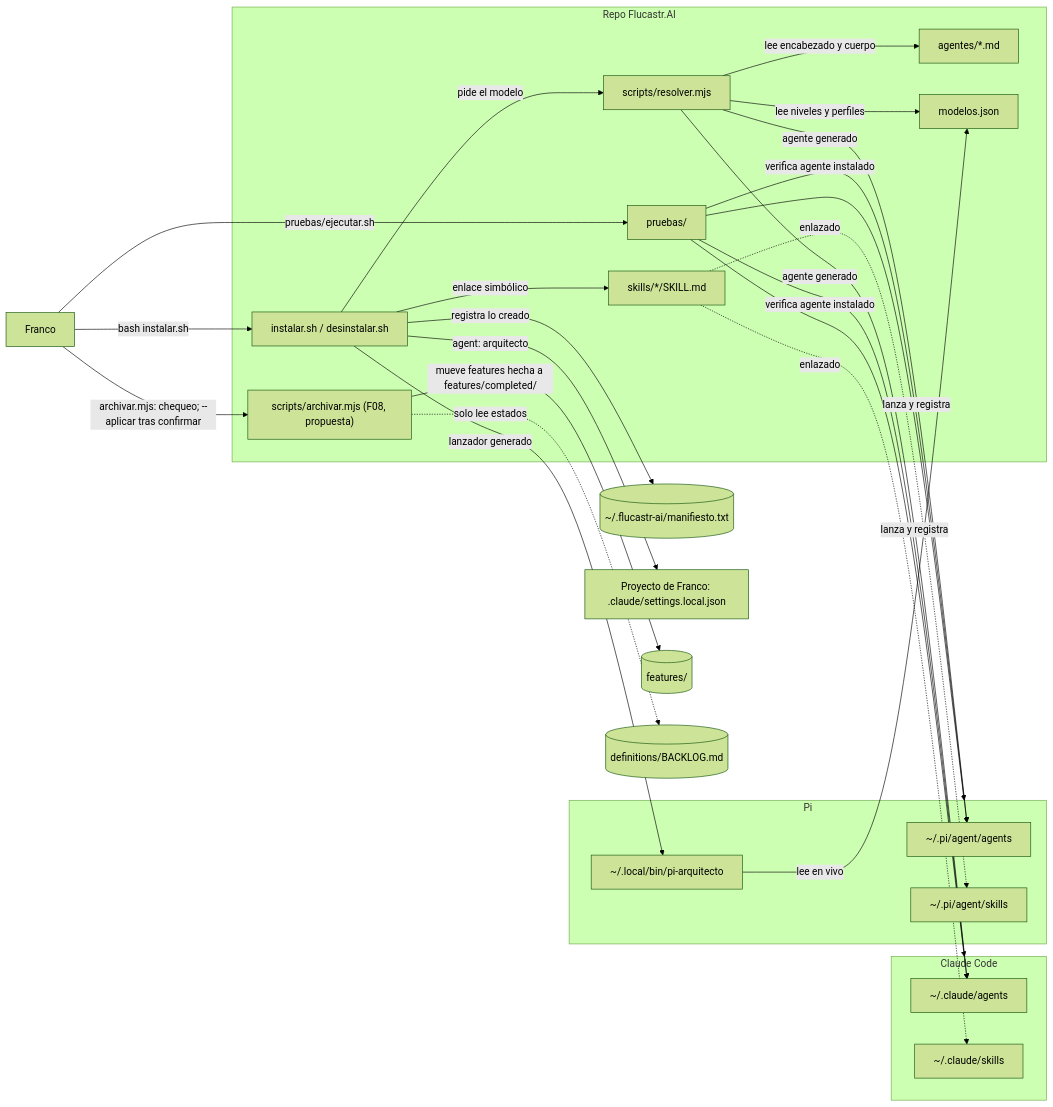
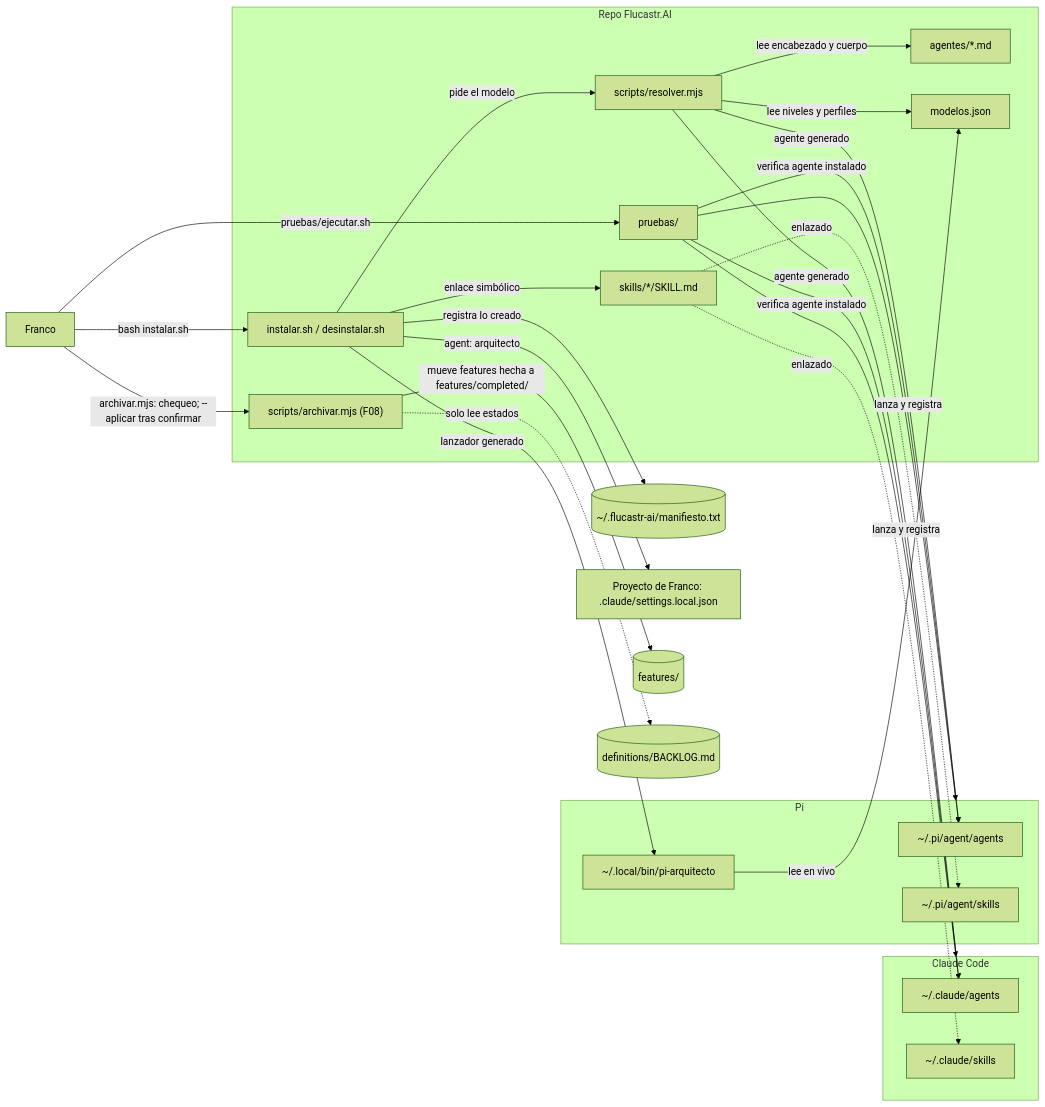
The first of 2 diagrams in definitions/ARCHITECTURE.md (francolmc/Flucastr.AI), drawn with Mermaid (forest theme) before and after one commit. The commit also changed other lines of this file and 10 other files, not shown here.

````diff
--- a/definitions/ARCHITECTURE.md
+++ b/definitions/ARCHITECTURE.md
@@ -11,46 +11,46 @@
 ```mermaid
 flowchart LR
   F["Franco"]
   subgraph REPO["Repo Flucastr.AI"]
     AG["agentes/*.md"]
     SK["skills/*/SKILL.md"]
     MJ["modelos.json"]
     RS["scripts/resolver.mjs"]
-    AR["scripts/archivar.mjs (F08, propuesta)"]
+    AR["scripts/archivar.mjs (F08)"]
     IN["instalar.sh / desinstalar.sh"]
     PR["pruebas/"]
   end
   MF[("~/.flucastr-ai/manifiesto.txt")]
   subgraph CC["Claude Code"]
     CCA["~/.claude/agents"]
     CCS["~/.claude/skills"]
   end
   subgraph PI["Pi"]
     PIA["~/.pi/agent/agents"]
     PIS["~/.pi/agent/skills"]
     PIL["~/.local/bin/pi-arquitecto"]
   end
   PRJ["Proyecto de Franco: .claude/settings.local.json"]
 
   F -->|"bash instalar.sh"| IN
   IN -->|"pide el modelo"| RS
   RS -->|"lee niveles y perfiles"| MJ
   RS -->|"lee encabezado y cuerpo"| AG
   IN -->|"enlace simbólico"| SK
   SK -.->|"enlazado"| CCS
   SK -.->|"enlazado"| PIS
   RS -->|"agente generado"| CCA
   RS -->|"agente generado"| PIA
   IN -->|"lanzador generado"| PIL
   PIL -->|"lee en vivo"| MJ
   IN -->|"registra lo creado"| MF
   IN -->|"agent: arquitecto"| PRJ
   F -->|"archivar.mjs: chequeo; --aplicar tras confirmar"| AR
   AR -->|"mueve features hecha a features/completed/"| FT[("features/")]
   AR -.->|"solo lee estados"| BKL[("definitions/BACKLOG.md")]
   F -->|"pruebas/ejecutar.sh"| PR
   PR -->|"verifica agente instalado"| CCA
   PR -->|"verifica agente instalado"| PIA
   PR -->|"lanza y registra"| CC
   PR -->|"lanza y registra"| PI
 ```
````
